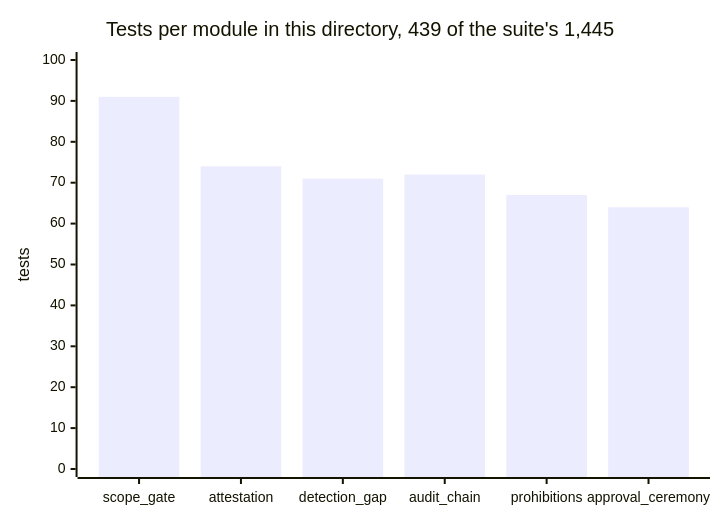
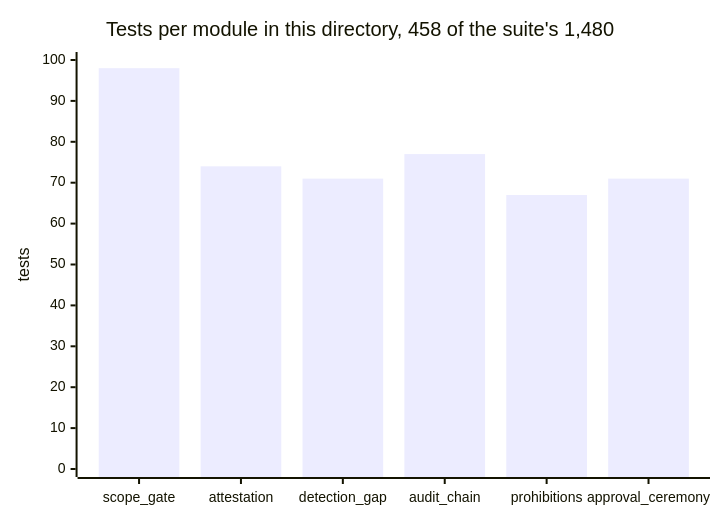
One commit to greeklinux/Showcase changed the ninth of 10 diagrams in blackgate/README.md. Above: the diagram before and after it, drawn with Mermaid. The commit also changed other lines of this file and 17 other files, not shown here.

First line of the commit message:
Close six fourth-pass findings and re-derive every published figure

````diff
--- a/blackgate/README.md
+++ b/blackgate/README.md
@@ -827,7 +827,7 @@
 ```mermaid
 xychart-beta
-    title "Tests per module in this directory, 439 of the suite's 1,445"
+    title "Tests per module in this directory, 458 of the suite's 1,480"
     x-axis ["scope_gate", "attestation", "detection_gap", "audit_chain", "prohibitions", "approval_ceremony"]
     y-axis "tests" 0 --> 100
-    bar [91, 74, 71, 72, 67, 64]
+    bar [98, 74, 71, 77, 67, 71]
 ```
````
